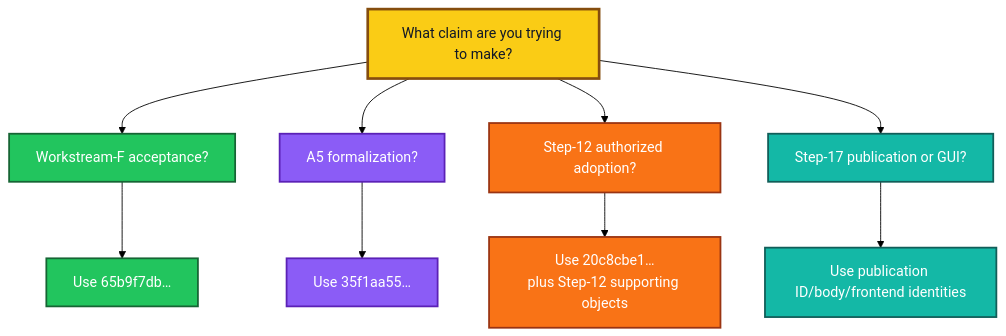
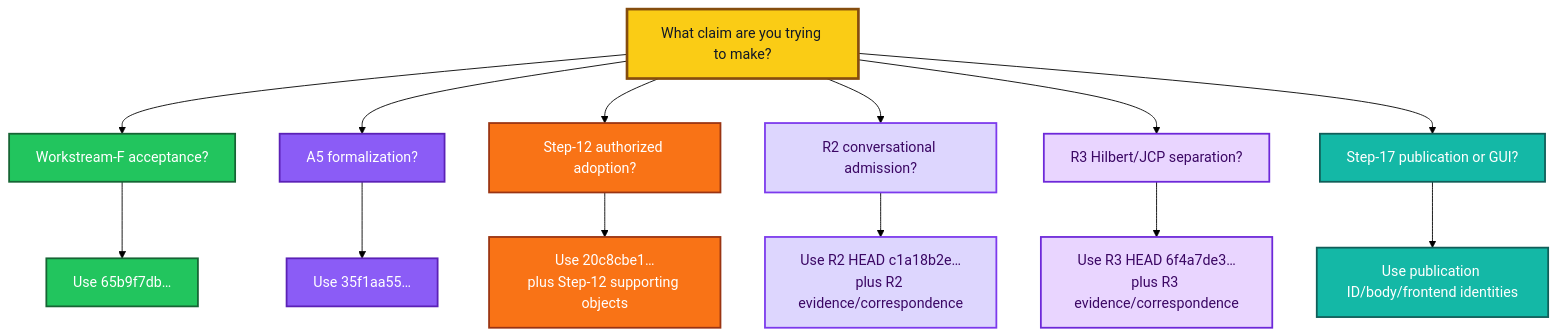
Before and after one commit to kiddstechnical/ALLIS-Artificial-Learning-and-Location-Intelligence-System: the second of 4 diagrams in acceptance/qualified-baseline/README.md, drawn with Mermaid (forest theme). The commit also changed other lines of this file, not shown here.

````diff
--- a/acceptance/qualified-baseline/README.md
+++ b/acceptance/qualified-baseline/README.md
@@ -398,25 +461,33 @@
 ```mermaid
 flowchart TD
     Q["What claim are you trying to make?"]:::q
 
     FQ["Workstream-F acceptance?"]:::f
     AQ["A5 formalization?"]:::a
     DQ["Step-12 authorized adoption?"]:::d
+    R2Q["R2 conversational admission?"]:::r2
+    R3Q["R3 Hilbert/JCP separation?"]:::r3
     PQ["Step-17 publication or GUI?"]:::p
 
     F["Use 65b9f7db…"]:::f
     A["Use 35f1aa55…"]:::a
     D["Use 20c8cbe1…<br/>plus Step-12 supporting objects"]:::d
+    R2["Use R2 HEAD c1a18b2e…<br/>plus R2 evidence/correspondence"]:::r2
+    R3["Use R3 HEAD 6f4a7de3…<br/>plus R3 evidence/correspondence"]:::r3
     P["Use publication ID/body/frontend identities"]:::p
 
     Q --> FQ --> F
     Q --> AQ --> A
     Q --> DQ --> D
+    Q --> R2Q --> R2
+    Q --> R3Q --> R3
     Q --> PQ --> P
 
     classDef q fill:#facc15,stroke:#854d0e,color:#111827,stroke-width:3px;
     classDef f fill:#22c55e,stroke:#166534,color:#ffffff,stroke-width:2px;
     classDef a fill:#8b5cf6,stroke:#5b21b6,color:#ffffff,stroke-width:2px;
     classDef d fill:#f97316,stroke:#9a3412,color:#ffffff,stroke-width:2px;
+    classDef r2 fill:#ddd6fe,stroke:#7c3aed,color:#3b0764,stroke-width:2px;
+    classDef r3 fill:#e9d5ff,stroke:#6d28d9,color:#3b0764,stroke-width:2px;
     classDef p fill:#14b8a6,stroke:#115e59,color:#ffffff,stroke-width:2px;
 ```
````
